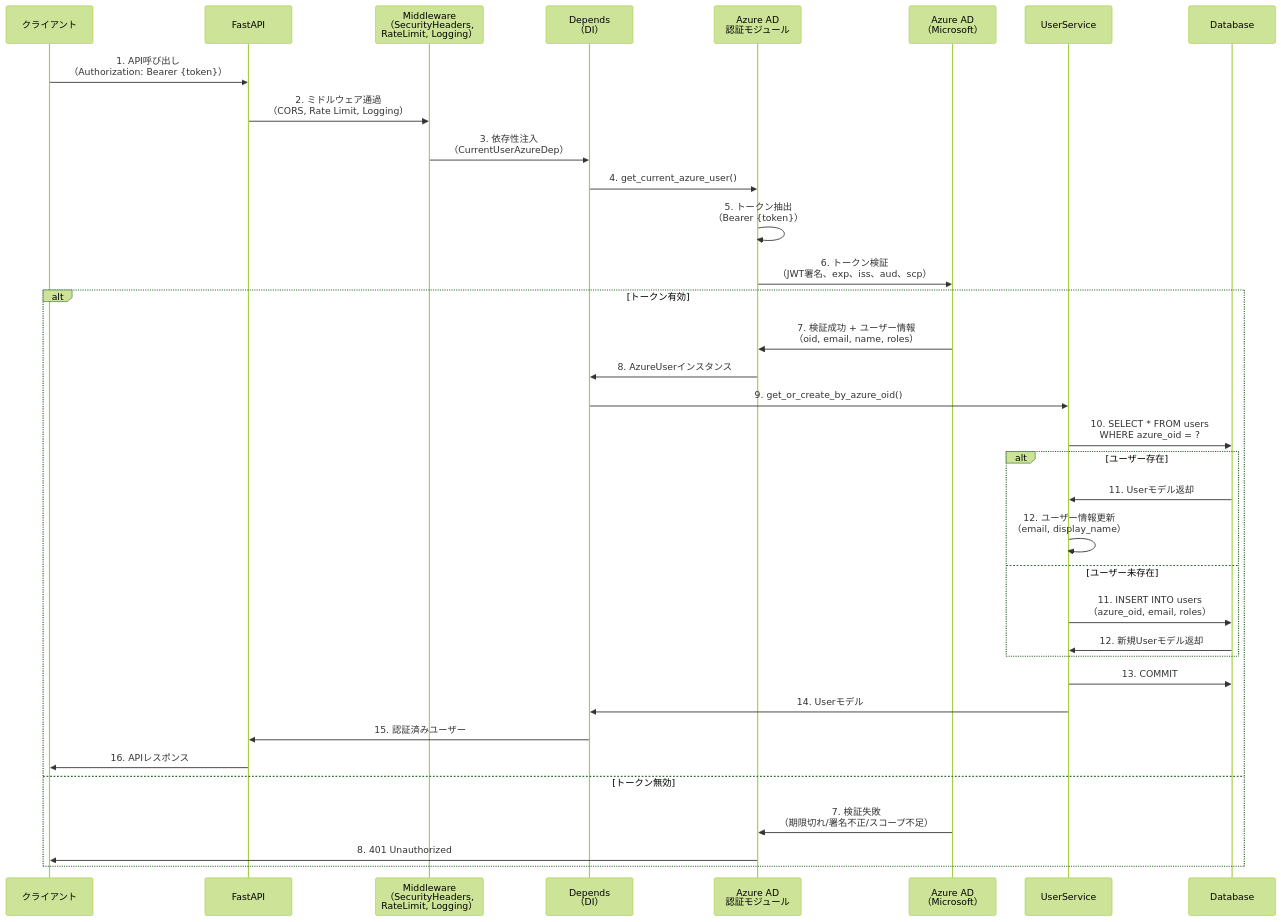
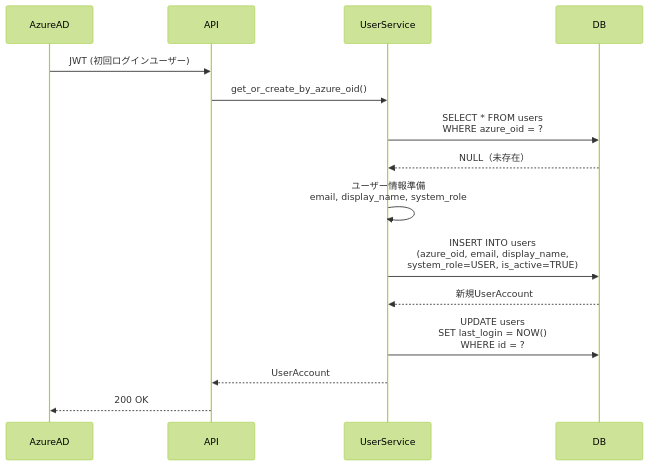
One commit to nomura-koshiro/genai-app-docs changed the fifth of 9 diagrams in docs/specifications/03-security/02-authentication-design.md. Above: the diagram before and after it, drawn with Mermaid (forest theme). The commit also changed other lines of this file and 35 other files, not shown here.

````diff
--- a/docs/specifications/03-security/02-authentication-design.md
+++ b/docs/specifications/03-security/02-authentication-design.md
@@ -570,52 +415,23 @@
 ```mermaid
 sequenceDiagram
-    participant Client as クライアント
-    participant API as FastAPI
-    participant Middleware as Middleware<br/>（SecurityHeaders,<br/>RateLimit, Logging）
-    participant Depends as Depends<br/>（DI）
-    participant AzureAuth as Azure AD<br/>認証モジュール
-    participant AzureAD as Azure AD<br/>（Microsoft）
-    participant UserSvc as UserService
-    participant DB as Database
+    participant AzureAD
+    participant API
+    participant UserService
+    participant DB
 
-    Client->>API: 1. API呼び出し<br/>（Authorization: Bearer {token}）
+    AzureAD->>API: JWT (初回ログインユーザー)
+    API->>UserService: get_or_create_by_azure_oid()
 
-    API->>Middleware: 2. ミドルウェア通過<br/>（CORS, Rate Limit, Logging）
+    UserService->>DB: SELECT * FROM users<br/>WHERE azure_oid = ?
+    DB-->>UserService: NULL（未存在）
 
-    Middleware->>Depends: 3. 依存性注入<br/>（CurrentUserAzureDep）
+    UserService->>UserService: ユーザー情報準備<br/>email, display_name, system_role
 
-    Depends->>AzureAuth: 4. get_current_azure_user()
+    UserService->>DB: INSERT INTO users<br/>(azure_oid, email, display_name,<br/>system_role=USER, is_active=TRUE)
+    DB-->>UserService: 新規UserAccount
 
-    AzureAuth->>AzureAuth: 5. トークン抽出<br/>（Bearer {token}）
+    UserService->>DB: UPDATE users<br/>SET last_login = NOW()<br/>WHERE id = ?
 
-    AzureAuth->>AzureAD: 6. トークン検証<br/>（JWT署名、exp、iss、aud、scp）
-
-    alt トークン有効
-        AzureAD->>AzureAuth: 7. 検証成功 + ユーザー情報<br/>（oid, email, name, roles）
-
-        AzureAuth->>Depends: 8. AzureUserインスタンス
-
-        Depends->>UserSvc: 9. get_or_create_by_azure_oid()
-
-        UserSvc->>DB: 10. SELECT * FROM users<br/>WHERE azure_oid = ?
-
-        alt ユーザー存在
-            DB->>UserSvc: 11. Userモデル返却
-            UserSvc->>UserSvc: 12. ユーザー情報更新<br/>（email, display_name）
-        else ユーザー未存在
-            UserSvc->>DB: 11. INSERT INTO users<br/>（azure_oid, email, roles）
-            DB->>UserSvc: 12. 新規Userモデル返却
-        end
-
-        UserSvc->>DB: 13. COMMIT
-
-        UserSvc->>Depends: 14. Userモデル
-
-        Depends->>API: 15. 認証済みユーザー
-
-        API->>Client: 16. APIレスポンス
-    else トークン無効
-        AzureAD->>AzureAuth: 7. 検証失敗<br/>（期限切れ/署名不正/スコープ不足）
-        AzureAuth->>Client: 8. 401 Unauthorized
-    end
+    UserService-->>API: UserAccount
+    API-->>AzureAD: 200 OK
 ```
````
